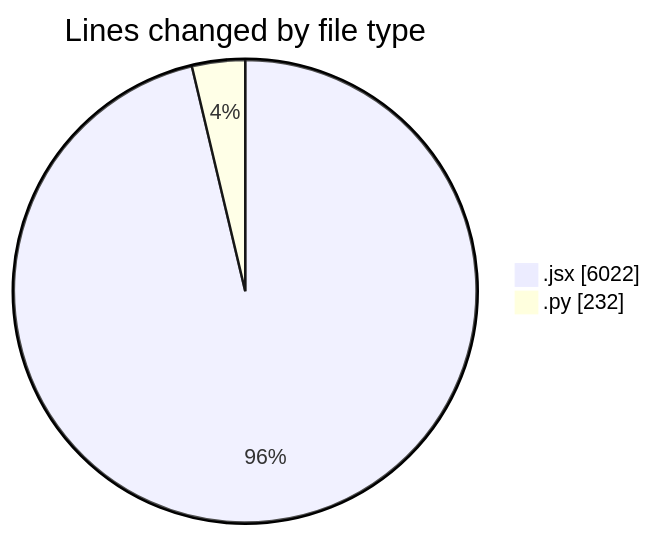
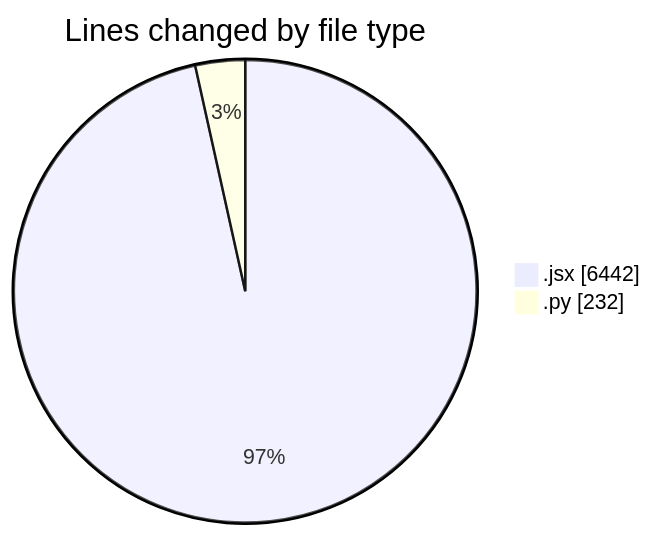
One commit to nxtqubesakshisongat/code-tracking changed the first of 2 diagrams in 2025-05-20/nxtqube_webapp/README.md. Above: the diagram before and after it, drawn with Mermaid. The commit also changed other lines of this file and 1 other file, not shown here.

````diff
--- a/2025-05-20/nxtqube_webapp/README.md
+++ b/2025-05-20/nxtqube_webapp/README.md
@@ -23,6 +25,6 @@
 ```mermaid
 pie showData
 title Lines changed by file type
-".jsx" : 6022
+".jsx" : 6442
 ".py" : 232
 ```
````
